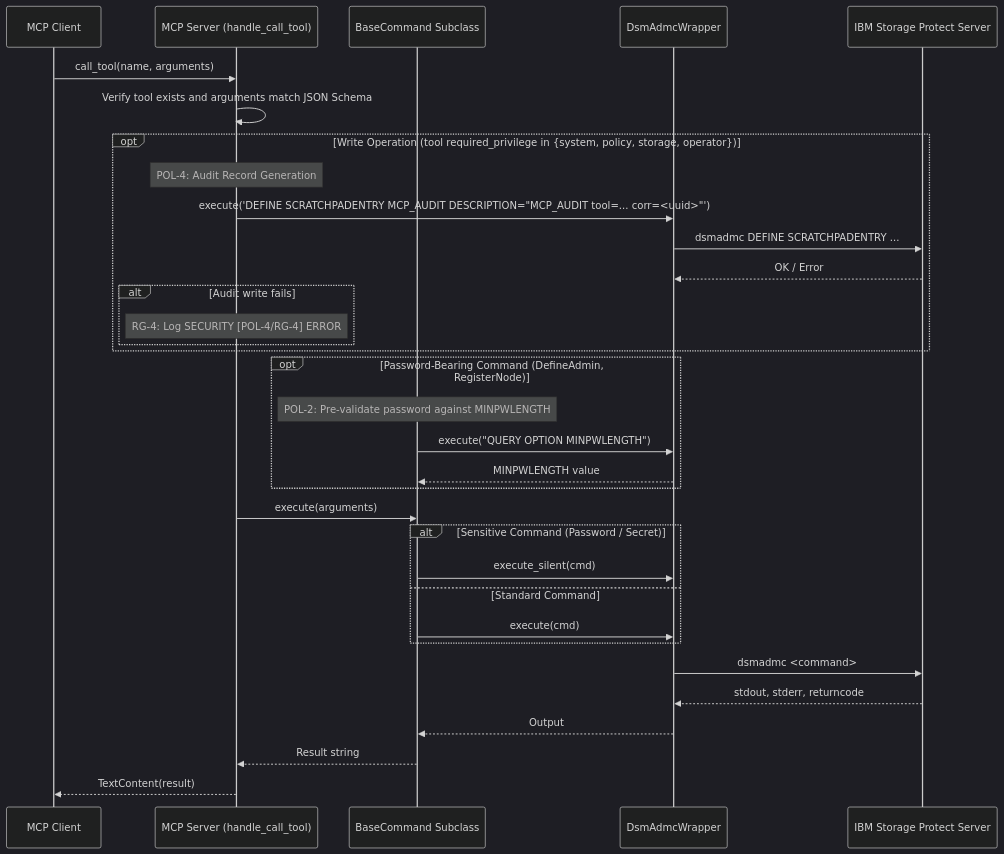
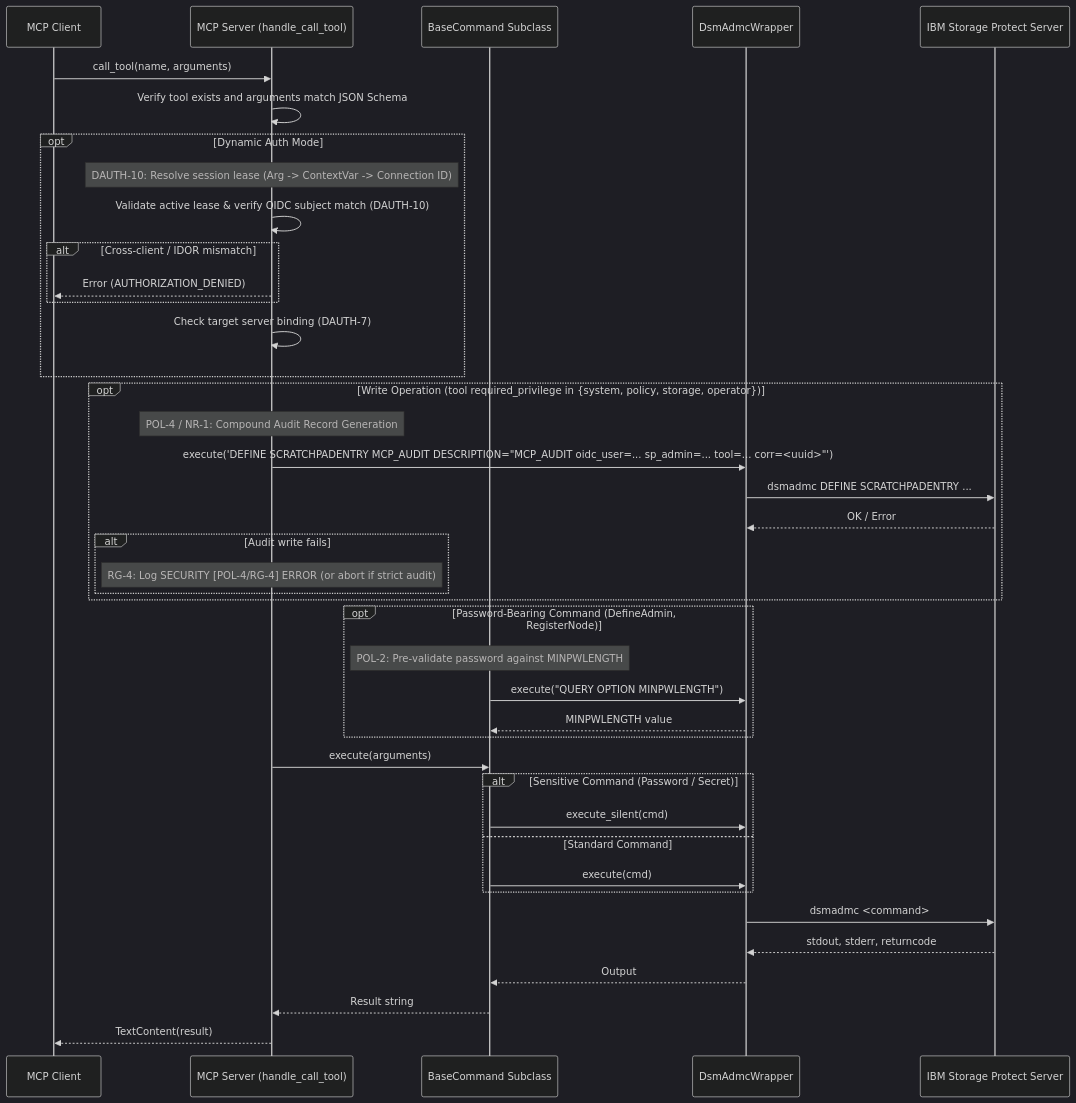
Before and after one commit to IBM/storage-protect-mcp-server: the third of 6 diagrams in docs/architecture/architecture.md, drawn with Mermaid (dark theme). The commit also changed other lines of this file and 65 other files, not shown here.

First line of the commit message:
Enforce multi-client transport isolation and compound audit trail

````diff
--- a/docs/architecture/architecture.md
+++ b/docs/architecture/architecture.md
@@ -164,39 +165,48 @@
 ```mermaid
 sequenceDiagram
     participant Client as MCP Client
     participant Server as MCP Server (handle_call_tool)
     participant BaseCmd as BaseCommand Subclass
     participant Wrapper as DsmAdmcWrapper
     participant SP as IBM Storage Protect Server
 
     Client->>Server: call_tool(name, arguments)
     Server->>Server: Verify tool exists and arguments match JSON Schema
 
+    opt Dynamic Auth Mode
+        note over Server: DAUTH-10: Resolve session lease (Arg -> ContextVar -> Connection ID)
+        Server->>Server: Validate active lease & verify OIDC subject match (DAUTH-10)
+        alt Cross-client / IDOR mismatch
+            Server-->>Client: Error (AUTHORIZATION_DENIED)
+        end
+        Server->>Server: Check target server binding (DAUTH-7)
+    end
+
     opt Write Operation (tool required_privilege in {system, policy, storage, operator})
-        note over Server: POL-4: Audit Record Generation
-        Server->>Wrapper: execute('DEFINE SCRATCHPADENTRY MCP_AUDIT DESCRIPTION="MCP_AUDIT tool=... corr=<uuid>"')
+        note over Server: POL-4 / NR-1: Compound Audit Record Generation
+        Server->>Wrapper: execute('DEFINE SCRATCHPADENTRY MCP_AUDIT DESCRIPTION="MCP_AUDIT oidc_user=... sp_admin=... tool=... corr=<uuid>"')
         Wrapper->>SP: dsmadmc DEFINE SCRATCHPADENTRY ...
         SP-->>Wrapper: OK / Error
         alt Audit write fails
-            note over Server: RG-4: Log SECURITY [POL-4/RG-4] ERROR
+            note over Server: RG-4: Log SECURITY [POL-4/RG-4] ERROR (or abort if strict audit)
         end
     end
 
     opt Password-Bearing Command (DefineAdmin, RegisterNode)
         note over BaseCmd: POL-2: Pre-validate password against MINPWLENGTH
         BaseCmd->>Wrapper: execute("QUERY OPTION MINPWLENGTH")
         Wrapper-->>BaseCmd: MINPWLENGTH value
     end
 
     Server->>BaseCmd: execute(arguments)
     alt Sensitive Command (Password / Secret)
         BaseCmd->>Wrapper: execute_silent(cmd)
     else Standard Command
         BaseCmd->>Wrapper: execute(cmd)
     end
     Wrapper->>SP: dsmadmc <command>
     SP-->>Wrapper: stdout, stderr, returncode
     Wrapper-->>BaseCmd: Output
     BaseCmd-->>Server: Result string
     Server-->>Client: TextContent(result)
 ```
````
